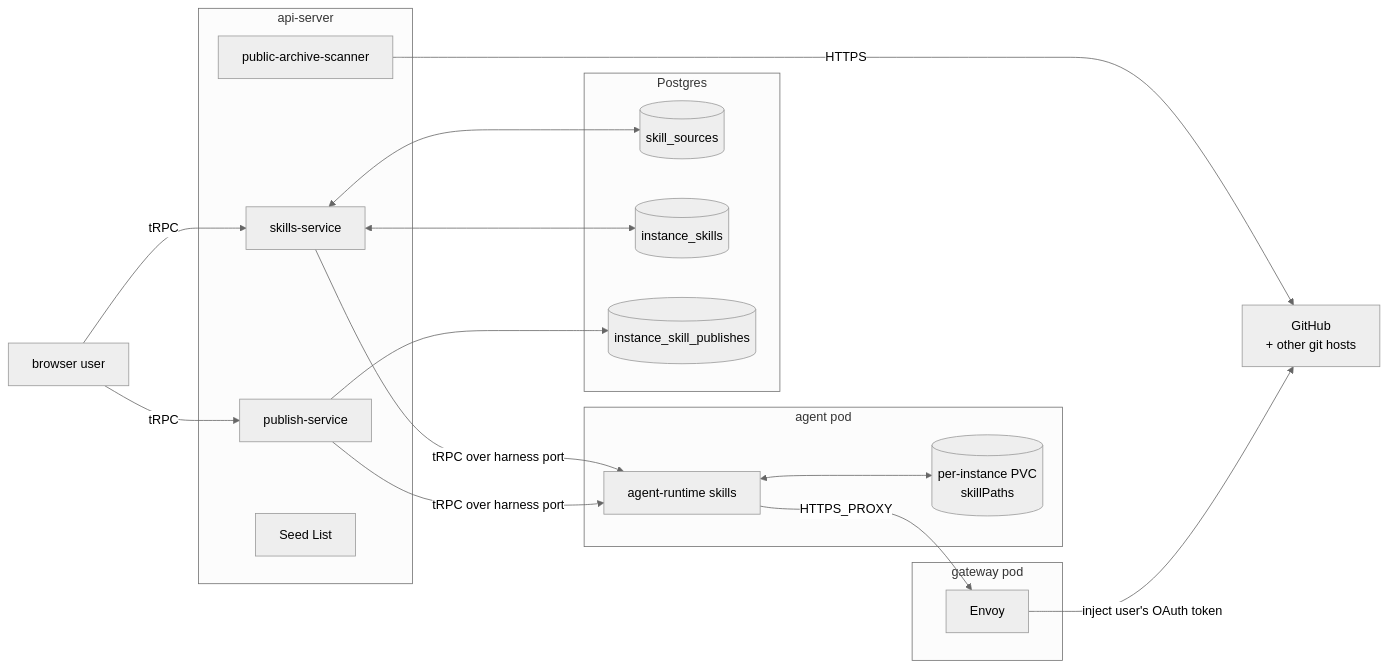
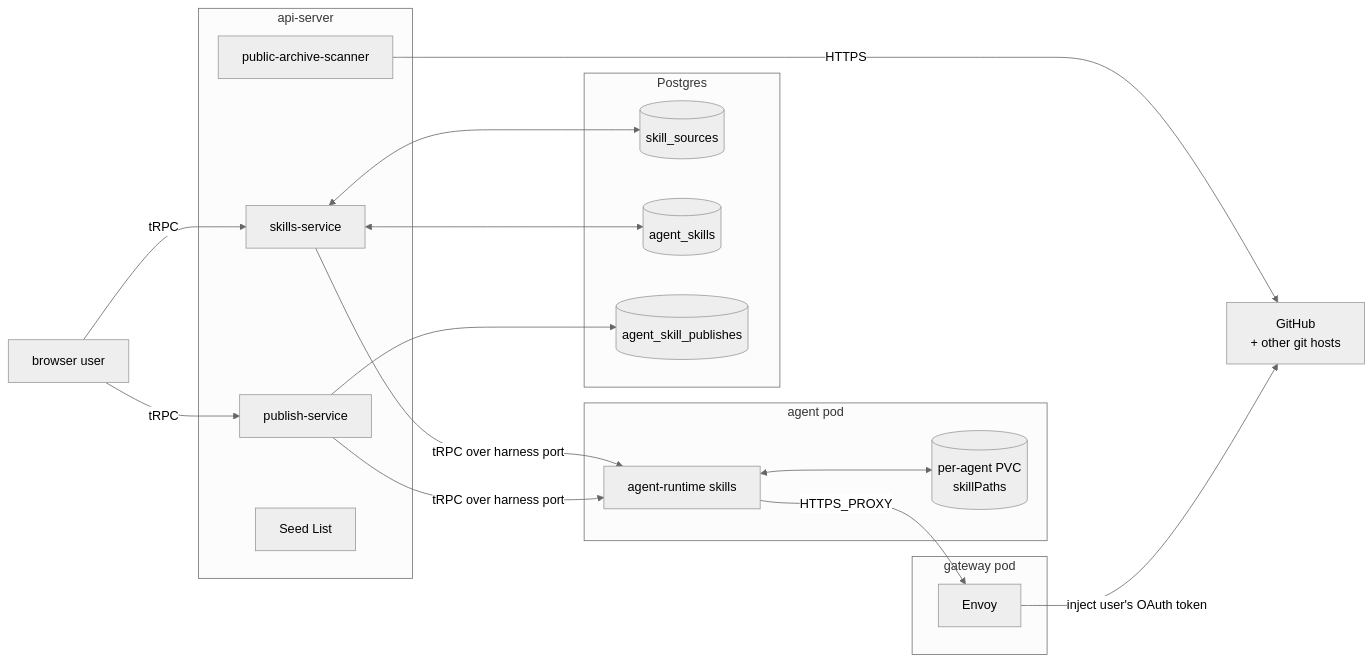
One commit to subbyte/dam changed the first of 3 diagrams in docs/architecture/skills.md. Above: the diagram before and after it, drawn with Mermaid (neutral theme). The commit also changed other lines of this file and 52 other files, not shown here.

First line of the commit message:
refactor(api): extract Zod input schemas from tRPC routers (#326)

````diff
--- a/docs/architecture/skills.md
+++ b/docs/architecture/skills.md
@@ -27,42 +27,42 @@
 ```mermaid
 flowchart LR
   user[browser user]
   github[GitHub<br/>+ other git hosts]
 
   subgraph api-server[api-server]
     skills-svc[skills-service]
     pub-svc[publish-service]
     scanner[public-archive-scanner]
     seeds[Seed List]
   end
 
   subgraph postgres[Postgres]
     src[(skill_sources)]
-    inst[(instance_skills)]
-    pubs[(instance_skill_publishes)]
+    inst[(agent_skills)]
+    pubs[(agent_skill_publishes)]
   end
 
   subgraph pod[agent pod]
     rt-skills[agent-runtime skills]
-    pvc[(per-instance PVC<br/>skillPaths)]
+    pvc[(per-agent PVC<br/>skillPaths)]
   end
 
   subgraph gateway[gateway pod]
     envoy[Envoy]
   end
 
   user -->|tRPC| skills-svc
   user -->|tRPC| pub-svc
 
   skills-svc <--> src
   skills-svc <--> inst
   pub-svc --> pubs
 
   scanner -->|HTTPS| github
   skills-svc -->|tRPC over harness port| rt-skills
   pub-svc -->|tRPC over harness port| rt-skills
 
   rt-skills -->|HTTPS_PROXY| envoy
   envoy -->|inject user's OAuth token| github
   rt-skills <--> pvc
 ```
````
